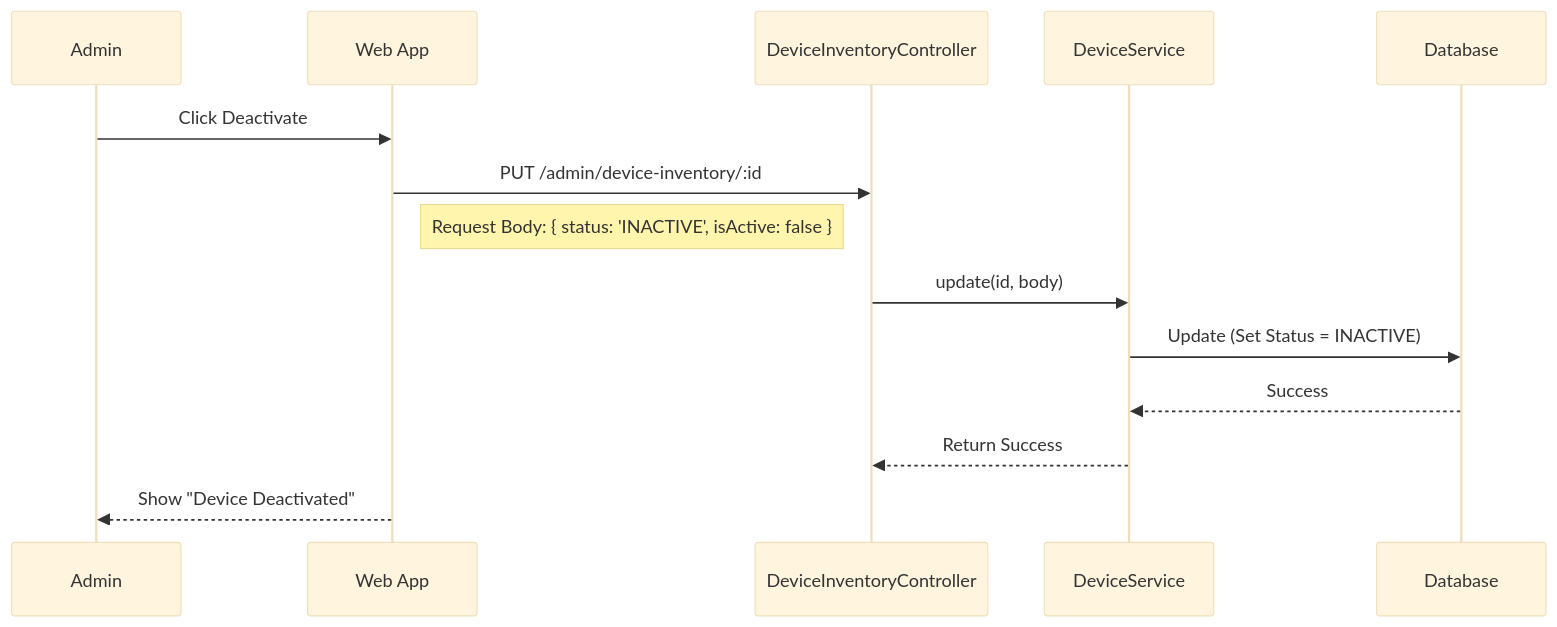
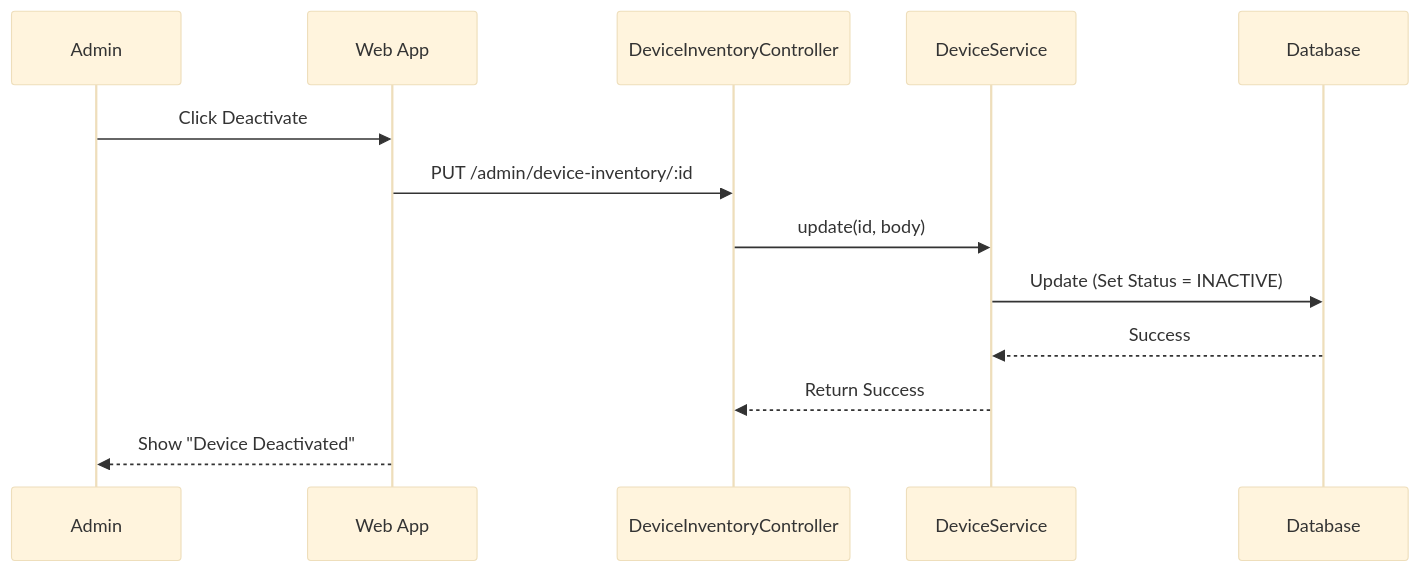
One commit to duong4444/agribot-dev changed the fourth of 5 diagrams in DOC-TTCS/admin_device_management_docs.md. Above: the diagram before and after it, drawn with Mermaid (base theme). The commit also changed other lines of this file and 10 other files, not shown here.

````diff
--- a/DOC-TTCS/admin_device_management_docs.md
+++ b/DOC-TTCS/admin_device_management_docs.md
@@ -137,18 +136,17 @@
 ```mermaid
 sequenceDiagram
     participant A as Admin
     participant FE as Web App
     participant CTL as DeviceInventoryController
     participant SVC as DeviceService
     participant DB as Database
 
     A->>FE: Click Deactivate
     FE->>CTL: PUT /admin/device-inventory/:id
-    note right of FE: Request Body: { status: 'INACTIVE', isActive: false }
     CTL->>SVC: update(id, body)
     
     SVC->>DB: Update (Set Status = INACTIVE)
     DB-->>SVC: Success
     SVC-->>CTL: Return Success
     FE-->>A: Show "Device Deactivated"
 ```
````
